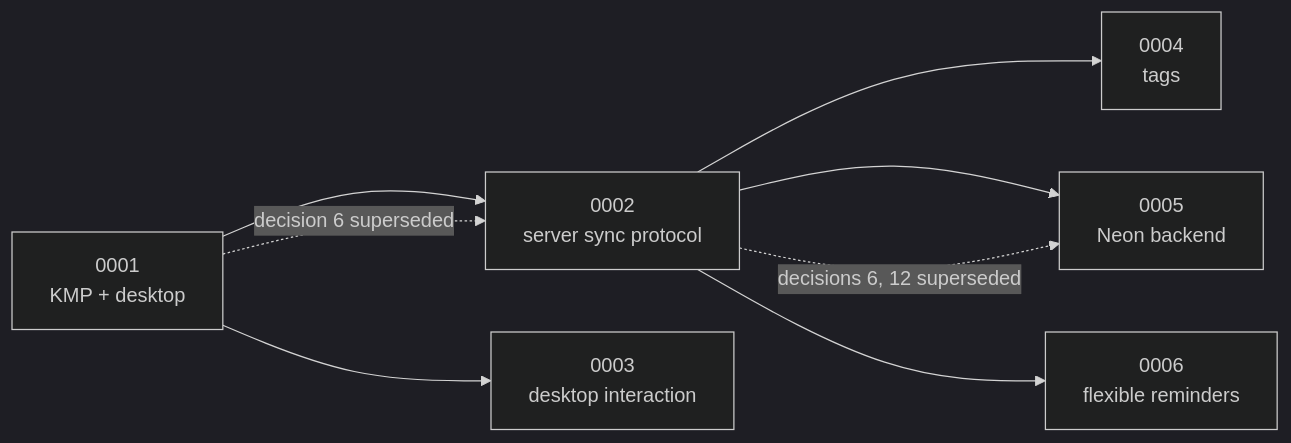
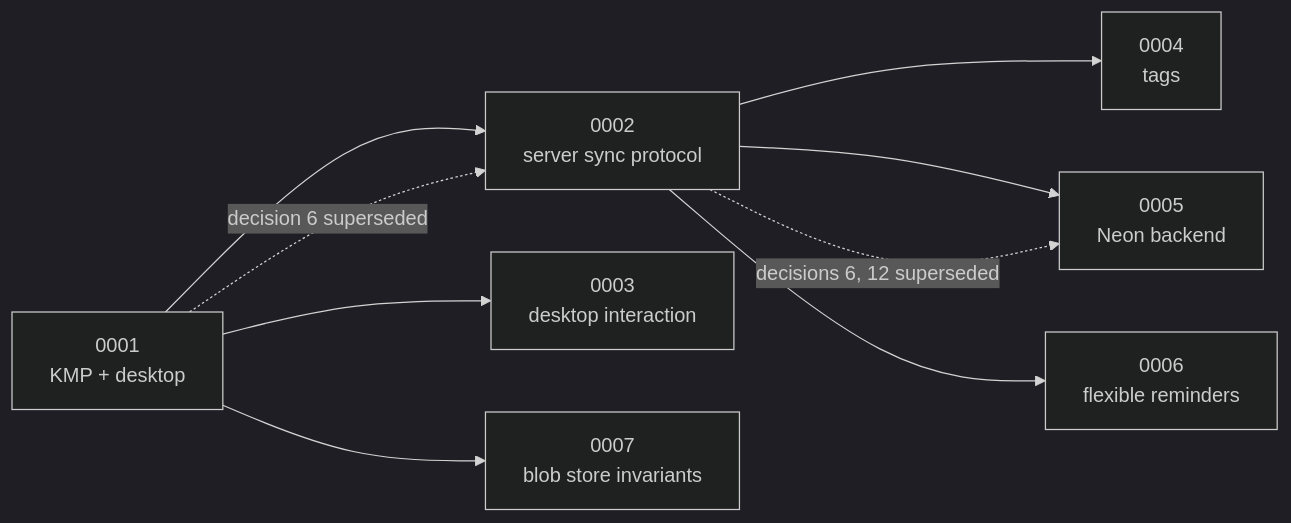
Before and after one commit to viberfasend/primico: the diagram in docs/adr/README.md, drawn with Mermaid (dark theme). The commit also changed other lines of this file and 1 other file, not shown here.

Commit message:
docs(adr): 0007 blob store invariants — cancellation unwinds, reclaim is gated against filing
Records the two decisions behind the #112 fix: BlobStore.store re-throws
CancellationException instead of reporting it as a failure, and one mutex
(blobGate) serializes filing a row that names a hash against reclaiming the
blobs no row names, because a SQL transaction cannot span the filesystem
delete. Opened in the same pull request as the code that depends on it.

Generated by Mistral Vibe.

````diff
--- a/docs/adr/README.md
+++ b/docs/adr/README.md
@@ -22,10 +23,11 @@
 ```mermaid
 flowchart LR
   A1["0001<br/>KMP + desktop"] --> A2["0002<br/>server sync protocol"]
   A1 --> A3["0003<br/>desktop interaction"]
   A2 --> A4["0004<br/>tags"]
   A2 --> A5["0005<br/>Neon backend"]
   A1 -. "decision 6 superseded" .-> A2
   A2 -. "decisions 6, 12 superseded" .-> A5
   A2 --> A6["0006<br/>flexible reminders"]
+  A1 --> A7["0007<br/>blob store invariants"]
 ```
````
